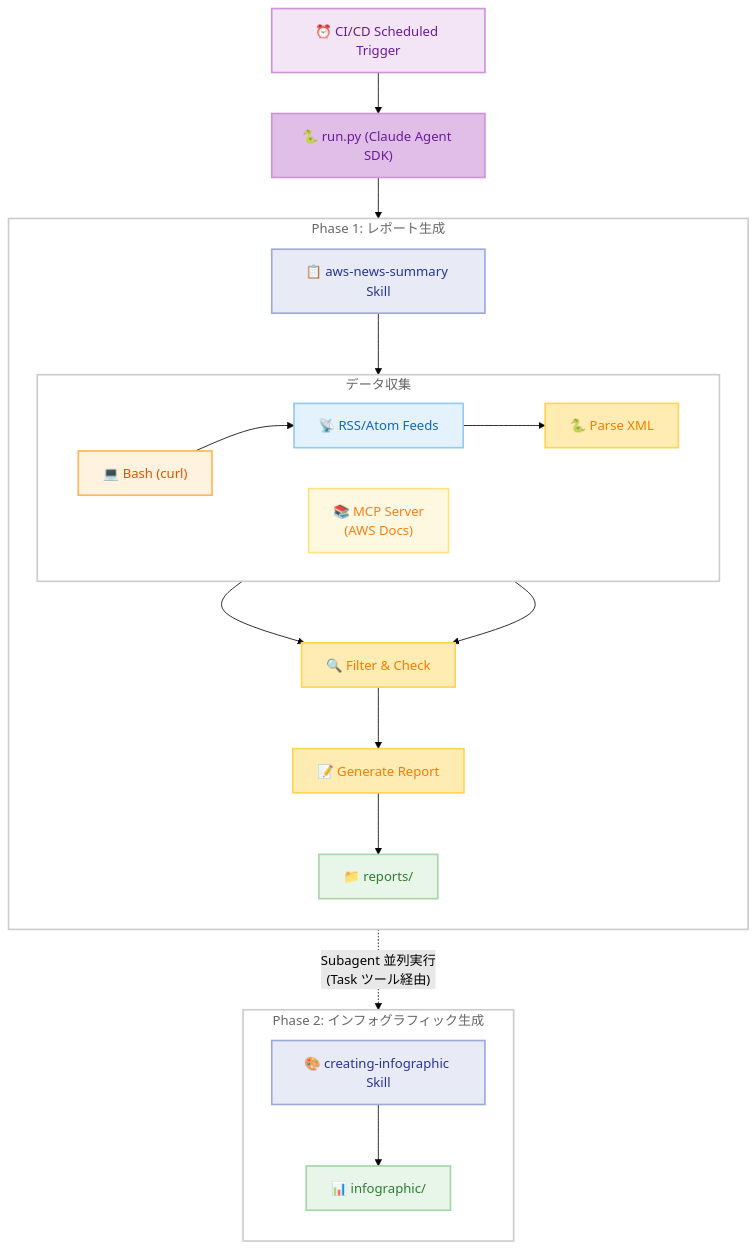
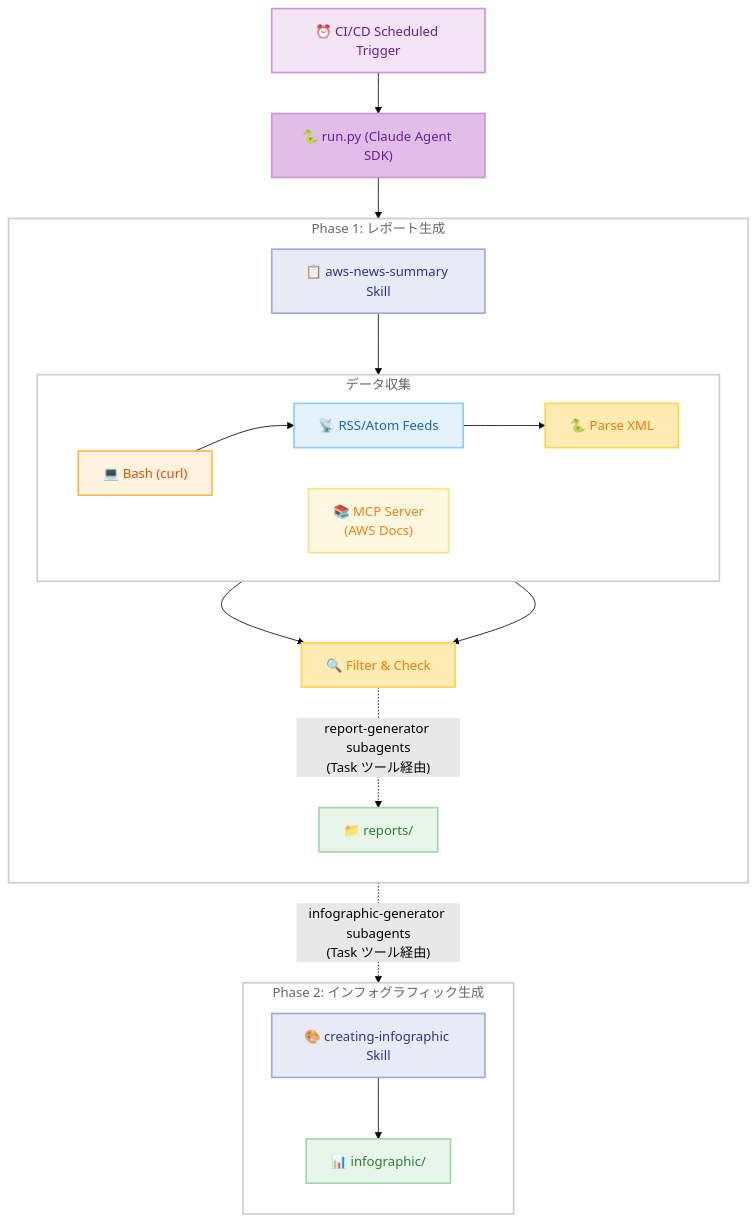
One commit to takech9203/awsnews-summary changed the first of 4 diagrams in README.md. Above: the diagram before and after it, drawn with Mermaid (forest theme). The commit also changed other lines of this file and 1 other file, not shown here.

First line of the commit message:
feat(docs): update architecture diagrams to reflect batch processing

````diff
--- a/README.md
+++ b/README.md
@@ -32,62 +32,60 @@
 ```mermaid
 flowchart TD
     Trigger["⏰ CI/CD Scheduled Trigger"]
     SDK["🐍 run.py (Claude Agent SDK)"]
 
     Trigger --> SDK
 
     subgraph Phase1["Phase 1: レポート生成"]
         direction TB
         Skill["📋 aws-news-summary Skill"]
 
         subgraph Collect["データ収集"]
             direction LR
             Bash["💻 Bash (curl)"]
             Feeds["📡 RSS/Atom Feeds"]
             Parse["🐍 Parse XML"]
             MCP["📚 MCP Server<br/>(AWS Docs)"]
             Bash --> Feeds --> Parse
             Bash ~~~ MCP
         end
 
         Filter["🔍 Filter & Check"]
-        Generate["📝 Generate Report"]
         Reports["📁 reports/"]
 
         Skill --> Collect
         Parse --> Filter
         MCP --> Filter
-        Filter --> Generate
-        Generate --> Reports
+        Filter -.->|"report-generator subagents<br/>(Task ツール経由)"| Reports
     end
 
     subgraph Phase2["Phase 2: インフォグラフィック生成"]
         direction TB
         InfSkill["🎨 creating-infographic Skill"]
         Infographic["📊 infographic/"]
         InfSkill --> Infographic
     end
 
     SDK --> Phase1
-    Reports -.->|"Subagent 並列実行<br/>(Task ツール経由)"| Phase2
+    Reports -.->|"infographic-generator subagents<br/>(Task ツール経由)"| Phase2
 
     classDef ci fill:#F3E5F5,stroke:#CE93D8,stroke-width:2px,color:#6A1B9A
     classDef sdk fill:#E1BEE7,stroke:#CE93D8,stroke-width:2px,color:#6A1B9A
     classDef agent fill:#E8EAF6,stroke:#9FA8DA,stroke-width:2px,color:#283593
     classDef bash fill:#FFF3E0,stroke:#FFB74D,stroke-width:2px,color:#E65100
     classDef sources fill:#E3F2FD,stroke:#90CAF9,stroke-width:2px,color:#1565C0
     classDef mcp fill:#FFF8E1,stroke:#FFE082,stroke-width:2px,color:#F57F17
     classDef process fill:#FFECB3,stroke:#FFD54F,stroke-width:2px,color:#F57C00
     classDef output fill:#E8F5E9,stroke:#A5D6A7,stroke-width:2px,color:#2E7D32
     classDef frame fill:none,stroke:#CCCCCC,stroke-width:2px,color:#666666
 
     class Trigger ci
     class SDK sdk
     class Skill,InfSkill agent
     class Bash bash
     class Feeds sources
     class MCP mcp
     class Parse,Filter,Generate process
     class Reports,Infographic output
     class Phase1,Phase2,Collect frame
 ```
````
